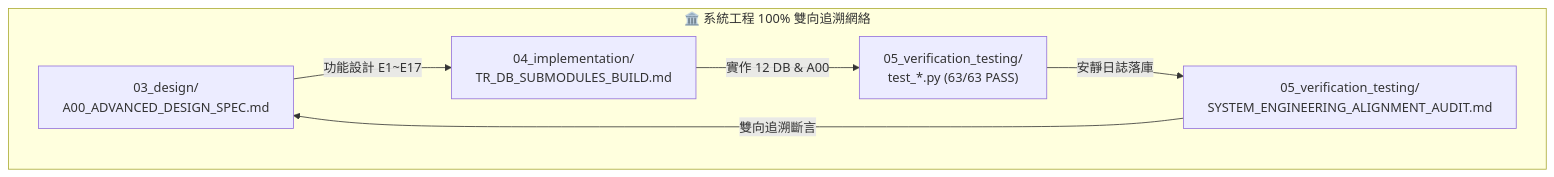
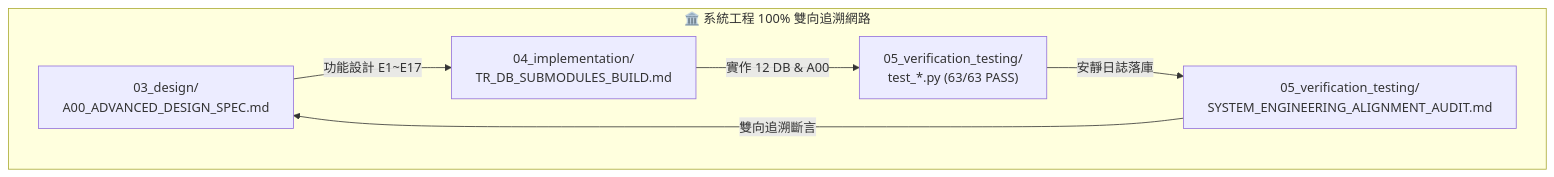
One commit to wuulong/tw-agro-db changed the first of 2 diagrams in book/05_system_engineering_and_sdm.md. Above: the diagram before and after it, drawn with Mermaid. The commit also changed other lines of this file and 34 other files, not shown here.

````diff
--- a/book/05_system_engineering_and_sdm.md
+++ b/book/05_system_engineering_and_sdm.md
@@ -15,14 +15,14 @@
 ```mermaid
 flowchart TD
-    subgraph SysEng["🏛️ 系統工程 100% 雙向追溯網絡"]
+    subgraph SysEng["🏛️ 系統工程 100% 雙向追溯網路"]
         Spec["03_design/<br/>A00_ADVANCED_DESIGN_SPEC.md"]
         Impl["04_implementation/<br/>TR_DB_SUBMODULES_BUILD.md"]
         Test["05_verification_testing/<br/>test_*.py (63/63 PASS)"]
         Audit["05_verification_testing/<br/>SYSTEM_ENGINEERING_ALIGNMENT_AUDIT.md"]
     end
 
     Spec -->|功能設計 E1~E17| Impl
     Impl -->|實作 12 DB & A00| Test
     Test -->|安靜日誌落庫| Audit
     Audit -->|雙向追溯斷言| Spec
 ```
````
